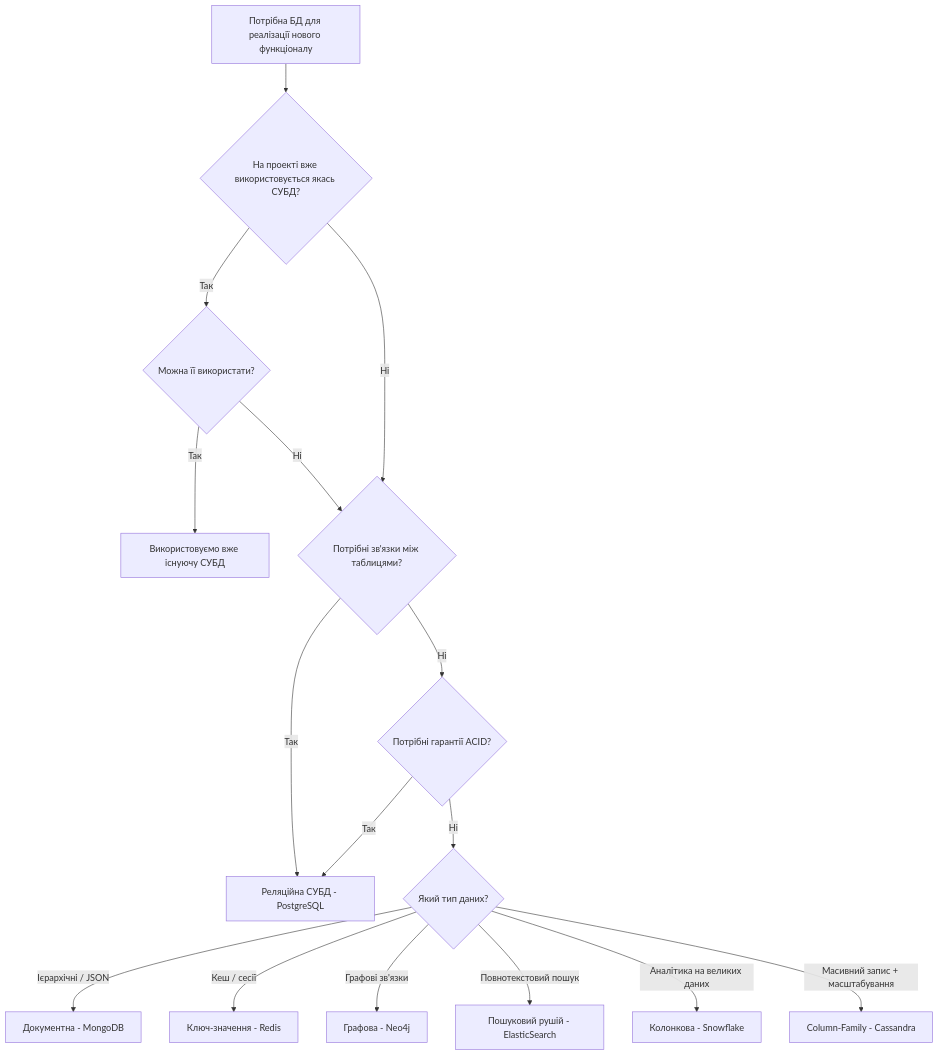
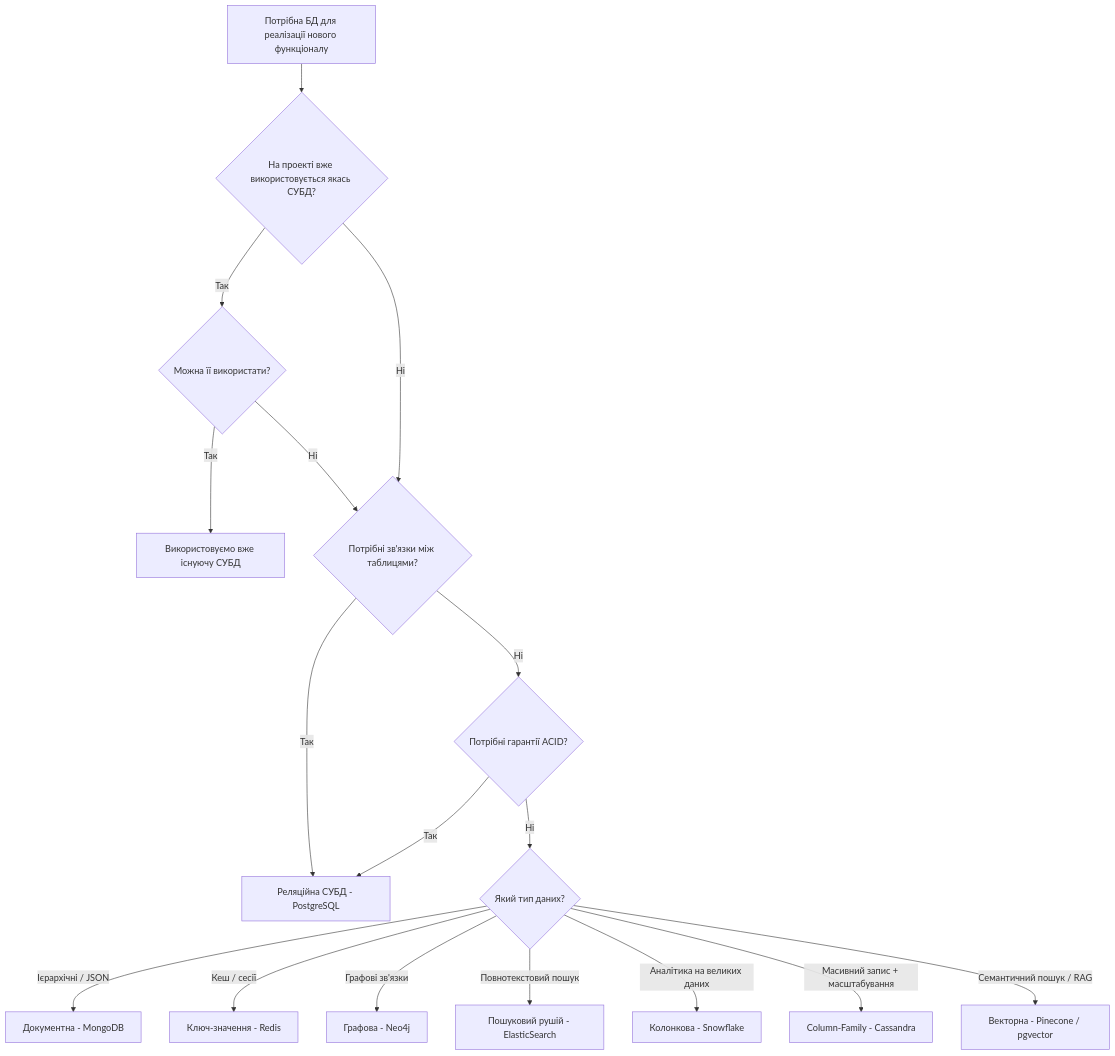
One commit to ZheniaTrochun/db-intro-course changed the first of 2 diagrams in lectures/15 - Non-relational DBMS/lecture_notes.md. Above: the diagram before and after it, drawn with Mermaid. The commit also changed other lines of this file, not shown here.

````diff
--- a/lectures/15 - Non-relational DBMS/lecture_notes.md
+++ b/lectures/15 - Non-relational DBMS/lecture_notes.md
@@ -242,18 +265,19 @@
 ```mermaid
 flowchart TD
       A[Потрібна БД для реалізації нового функціоналу] --> L{На проекті вже використовується якась СУБД?}
-      L --> |Так| M{Можна її використати?}
-      M --> |Так| N[Використовуємо вже існуючу СУБД]
-      M --> |Ні| B{Можна її використати?}
-      L --> |Ні| B{Потрібні зв'язки між таблицями?}
+      L -->|Так| M{Можна її використати?}
+      M -->|Так| N[Використовуємо вже існуючу СУБД]
+      M -->|Ні| B{Можна її використати?}
+      L -->|Ні| B{Потрібні зв'язки між таблицями?}
       B -->|Так| D[Реляційна СУБД - PostgreSQL]
       B -->|Ні| C{Потрібні гарантії ACID?}
       C -->|Так| D
       C -->|Ні| E{Який тип даних?}
       E -->|Ієрархічні / JSON| F[Документна - MongoDB]
       E -->|Кеш / сесії| G[Ключ-значення - Redis]
       E -->|Графові зв'язки| H[Графова - Neo4j]
       E -->|Повнотекстовий пошук| I[Пошуковий рушій - ElasticSearch]
       E -->|Аналітика на великих даних| J[Колонкова - Snowflake]
       E -->|Масивний запис + масштабування| K[Column-Family - Cassandra]
+      E -->|Семантичний пошук / RAG| R[Векторна - Pinecone / pgvector]
 ```
````
